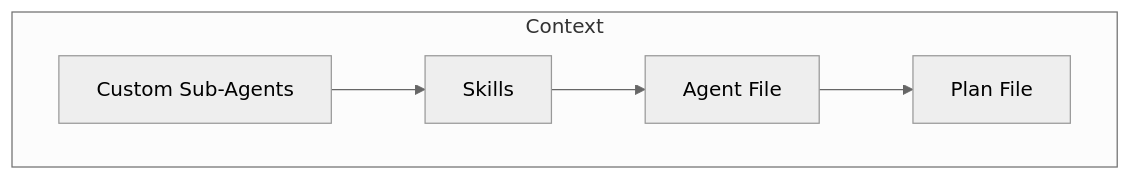
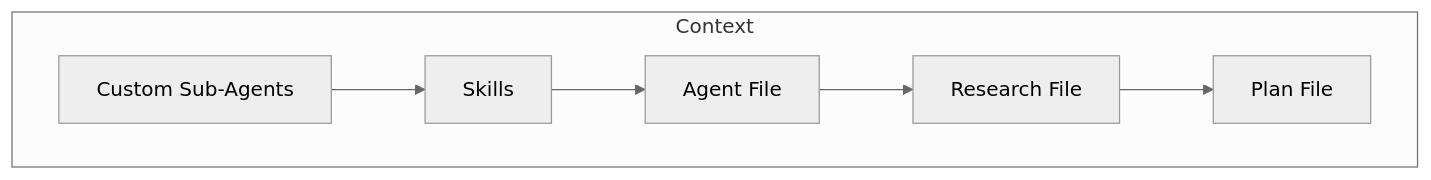
One commit to kimmellj/ai-stuff changed the diagram in README.md. Above: the diagram before and after it, drawn with Mermaid (neutral theme). The commit also changed other lines of this file, not shown here.

````diff
--- a/README.md
+++ b/README.md
@@ -70,10 +66,11 @@
 ```mermaid
 graph TD
     subgraph Context
         A[Custom Sub-Agents]
         B[Skills]
         C[Agent File]
-        D[Plan File]
-        A --> B --> C --> D
+        D[Research File]
+        E[Plan File]
+        A --> B --> C --> D --> E
     end
 ```
````
